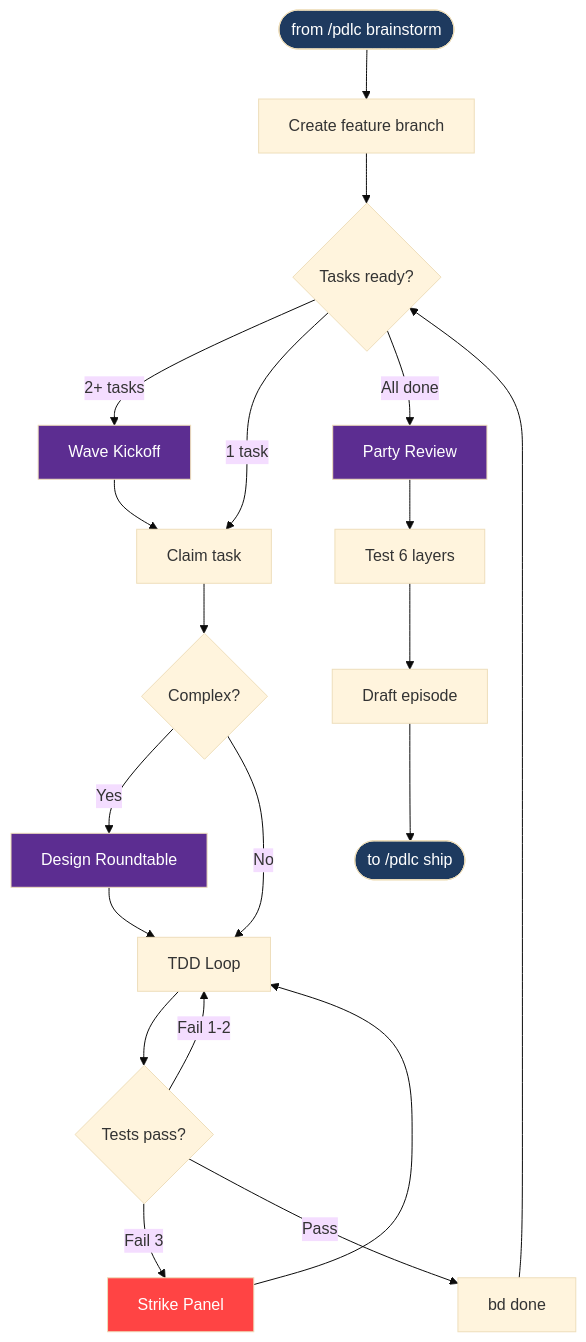
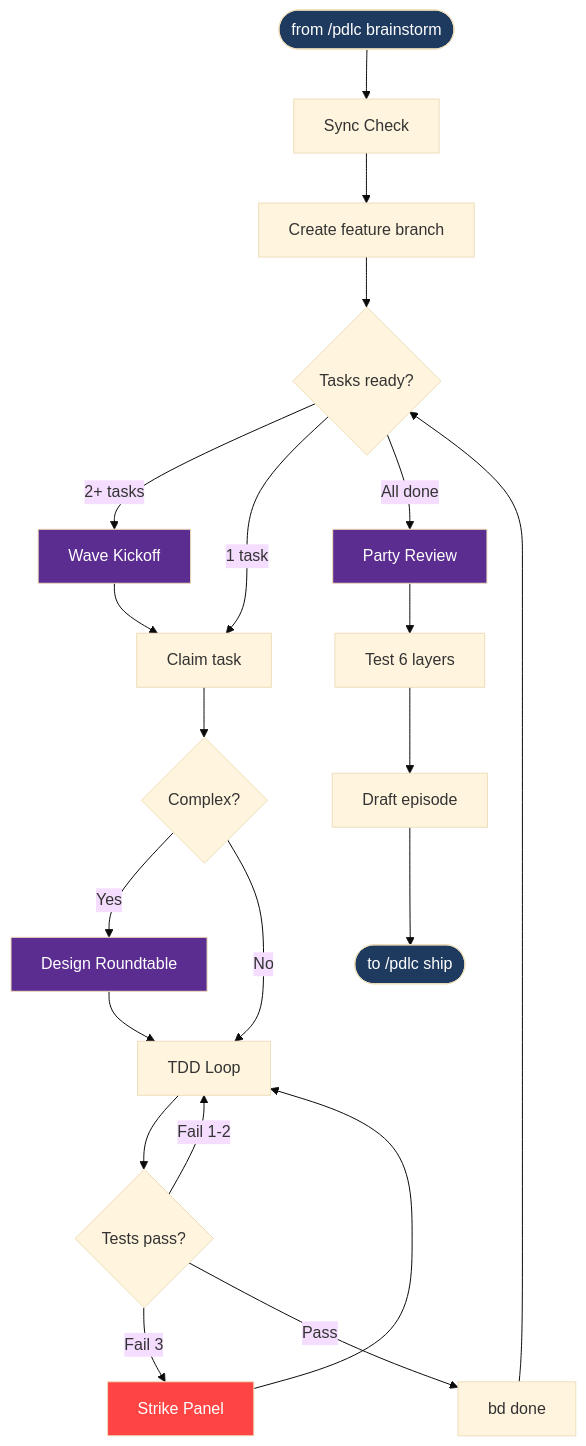
The third of 4 diagrams in docs/wiki/03-phases-in-detail.md (pdlc-os/pdlc), drawn with Mermaid (base theme) before and after one commit. The commit also changed other lines of this file and 10 other files, not shown here.

First line of the commit message:
feat: remote sync check at every phase boundary with team assessment

````diff
--- a/docs/wiki/03-phases-in-detail.md
+++ b/docs/wiki/03-phases-in-detail.md
@@ -79,25 +79,25 @@
 ```mermaid
 flowchart TD
-    FROMBRAINSTORM(["from /pdlc brainstorm"]) --> BRANCH[Create feature branch]
+    FROMBRAINSTORM(["from /pdlc brainstorm"]) --> SYNC2["Sync Check"] --> BRANCH[Create feature branch]
     BRANCH --> READY{Tasks ready?}
     READY -->|"2+ tasks"| WAVE["Wave Kickoff"] --> PICK
     READY -->|1 task| PICK[Claim task]
     PICK --> COMPLEX{Complex?}
     COMPLEX -->|Yes| ROUND["Design Roundtable"] --> TDD
     COMPLEX -->|No| TDD["TDD Loop"]
     TDD --> PASS{Tests pass?}
     PASS -->|"Fail 1-2"| TDD
     PASS -->|Fail 3| STRIKE["Strike Panel"] --> TDD
     PASS -->|Pass| DONE[bd done] --> READY
     READY -->|All done| REVIEW["Party Review"]
     REVIEW --> TEST[Test 6 layers]
     TEST --> EPISODE[Draft episode]
     EPISODE --> TOSHIP(["to /pdlc ship"])
 
     style WAVE fill:#5c2d91,color:#fff
     style ROUND fill:#5c2d91,color:#fff
     style STRIKE fill:#ff4444,color:#fff
     style REVIEW fill:#5c2d91,color:#fff
     style FROMBRAINSTORM fill:#1e3a5f,color:#fff
     style TOSHIP fill:#1e3a5f,color:#fff
 ```
````
